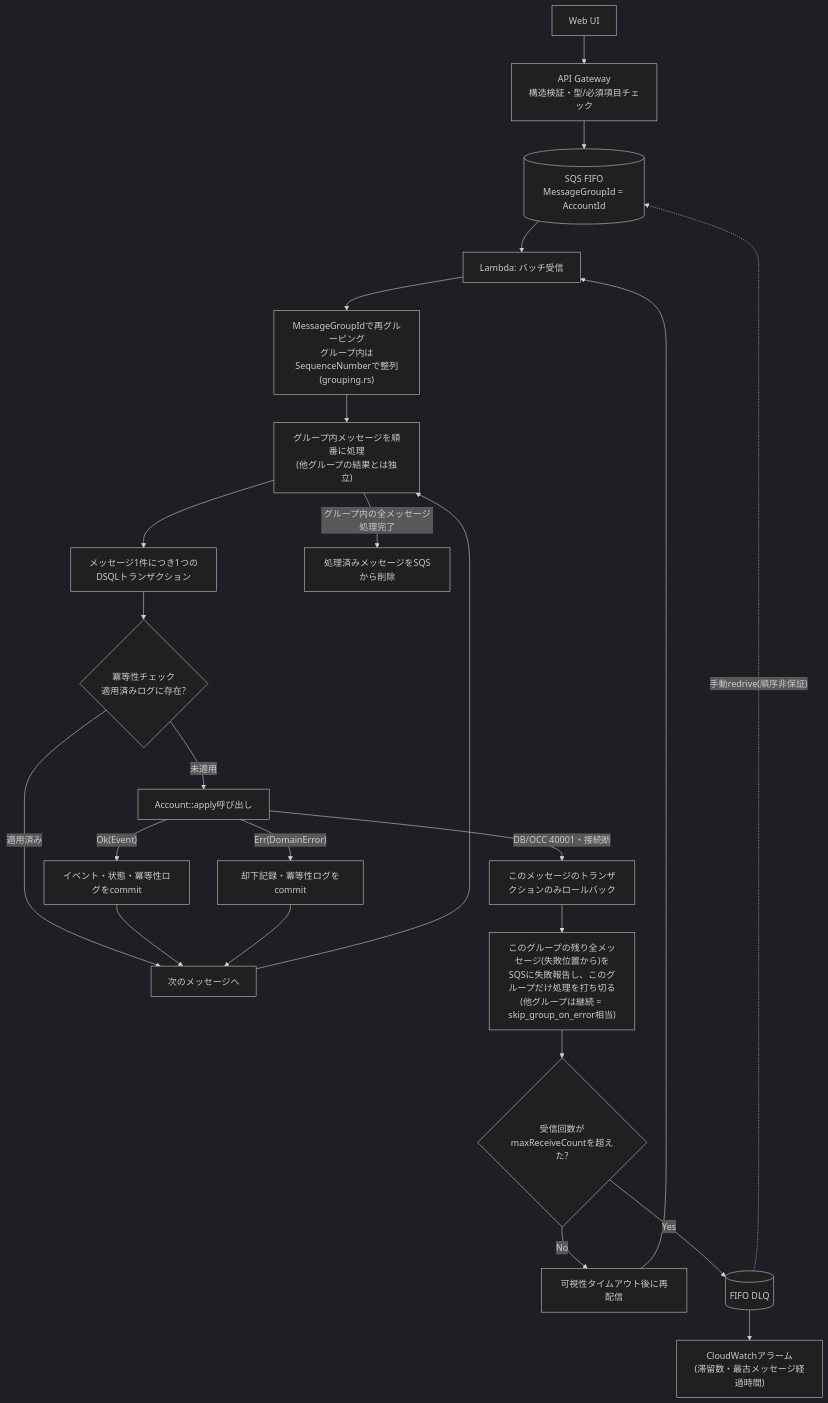
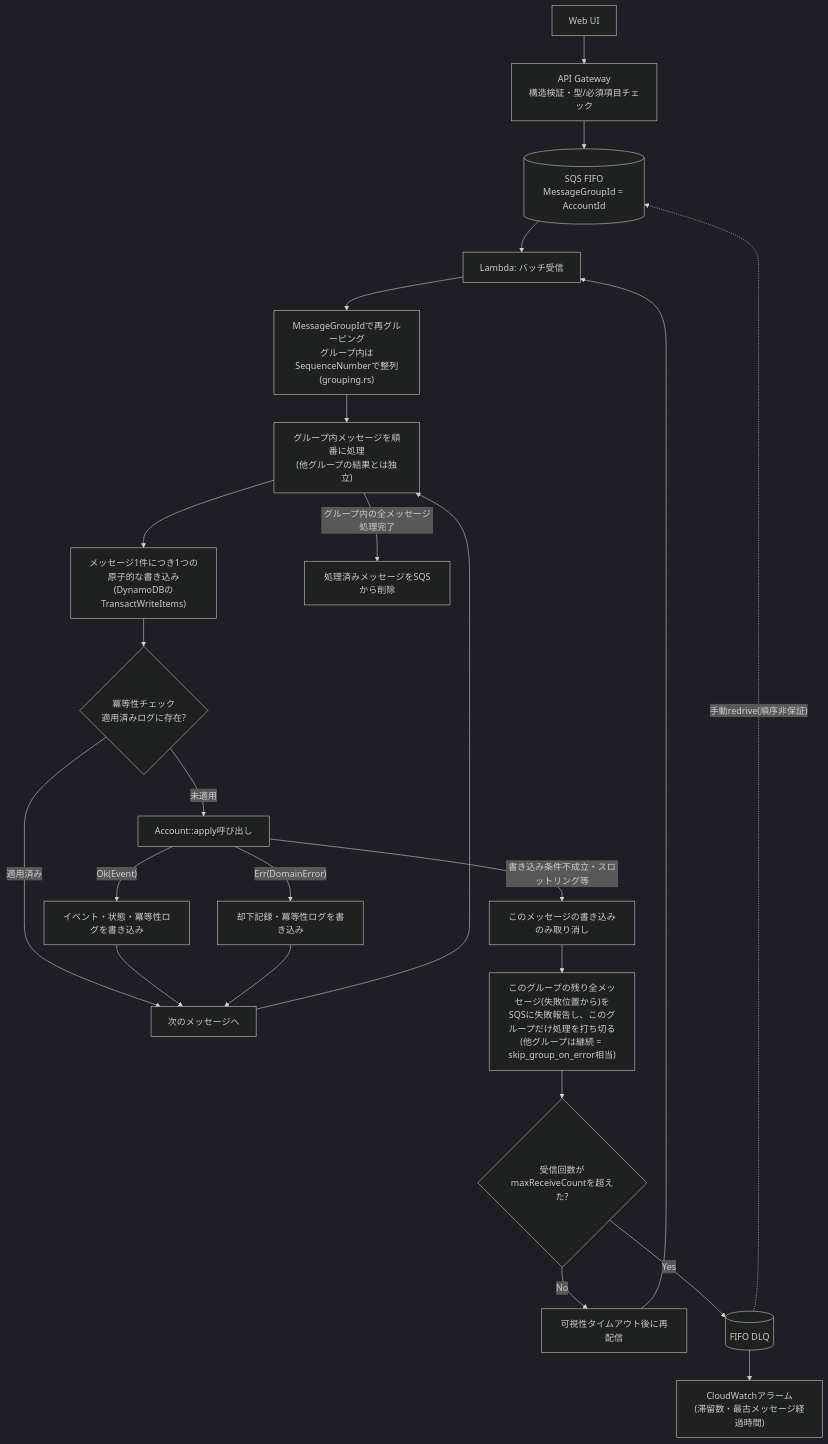
One commit to mahitotsu/moneta changed the diagram in docs/adr/0002-sqs-message-lifecycle-and-error-classification.md. Above: the diagram before and after it, drawn with Mermaid (dark theme). The commit also changed other lines of this file and 35 other files, not shown here.

````diff
--- a/docs/adr/0002-sqs-message-lifecycle-and-error-classification.md
+++ b/docs/adr/0002-sqs-message-lifecycle-and-error-classification.md
@@ -37,26 +34,26 @@
 ```mermaid
 flowchart TD
     UI["Web UI"] --> AGW["API Gateway<br/>構造検証・型/必須項目チェック"]
     AGW --> SQS[("SQS FIFO<br/>MessageGroupId = AccountId")]
     SQS --> LAMBDA["Lambda: バッチ受信"]
     LAMBDA --> GROUP["MessageGroupIdで再グルーピング<br/>グループ内はSequenceNumberで整列<br/>(grouping.rs)"]
     GROUP --> MLOOP["グループ内メッセージを順番に処理<br/>(他グループの結果とは独立)"]
-    MLOOP --> TXN["メッセージ1件につき1つのDSQLトランザクション"]
+    MLOOP --> TXN["メッセージ1件につき1つの原子的な書き込み<br/>(DynamoDBのTransactWriteItems)"]
     TXN --> IDEM{"冪等性チェック<br/>適用済みログに存在?"}
     IDEM -- "適用済み" --> NEXT["次のメッセージへ"]
     IDEM -- "未適用" --> APPLY["Account::apply呼び出し"]
-    APPLY -- "Ok(Event)" --> COMMIT_EVT["イベント・状態・冪等性ログをcommit"]
-    APPLY -- "Err(DomainError)" --> REJECT["却下記録・冪等性ログをcommit"]
+    APPLY -- "Ok(Event)" --> COMMIT_EVT["イベント・状態・冪等性ログを書き込み"]
+    APPLY -- "Err(DomainError)" --> REJECT["却下記録・冪等性ログを書き込み"]
     COMMIT_EVT --> NEXT
     REJECT --> NEXT
     NEXT --> MLOOP
-    APPLY -- "DB/OCC 40001・接続断" --> ABORT["このメッセージのトランザクションのみロールバック"]
+    APPLY -- "書き込み条件不成立・スロットリング等" --> ABORT["このメッセージの書き込みのみ取り消し"]
     ABORT --> FAILGROUP["このグループの残り全メッセージ(失敗位置から)を<br/>SQSに失敗報告し、このグループだけ処理を打ち切る<br/>(他グループは継続 = skip_group_on_error相当)"]
     MLOOP -- "グループ内の全メッセージ処理完了" --> ACK["処理済みメッセージをSQSから削除"]
     FAILGROUP --> MAXRECV{"受信回数がmaxReceiveCountを超えた?"}
     MAXRECV -- "No" --> REDELIVER["可視性タイムアウト後に再配信"]
     REDELIVER --> LAMBDA
     MAXRECV -- "Yes" --> DLQ[("FIFO DLQ")]
     DLQ --> ALARM["CloudWatchアラーム<br/>(滞留数・最古メッセージ経過時間)"]
     DLQ -. "手動redrive(順序非保証)" .-> SQS
 ```
````
